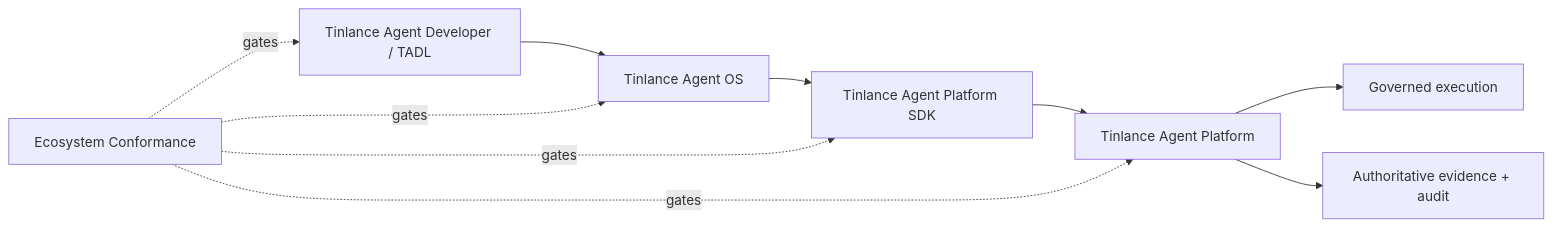
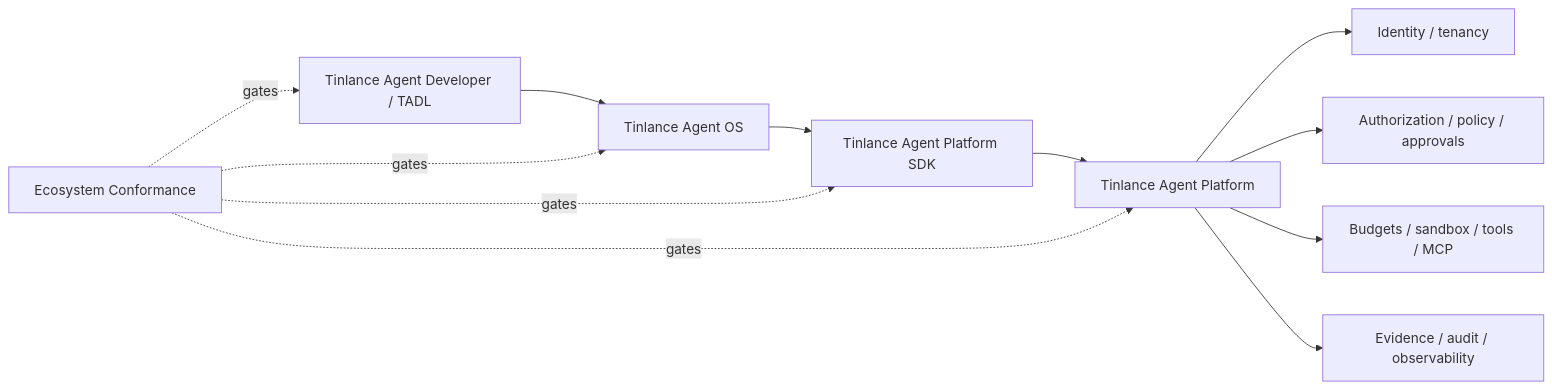
One commit to LloydCoder/tinlance-agent-developer changed the diagram in docs/integration/ECOSYSTEM.md. Above: the diagram before and after it, drawn with Mermaid. The commit also changed other lines of this file, not shown here.

Commit message:
docs: reconcile enterprise milestone vocabulary and flowcharts (#20)
* docs: reconcile enterprise milestone vocabulary

* docs: align canonical ecosystem flowchart

````diff
--- a/docs/integration/ECOSYSTEM.md
+++ b/docs/integration/ECOSYSTEM.md
@@ -5,12 +5,14 @@
 ```mermaid
 flowchart LR
     D[Tinlance Agent Developer / TADL] --> O[Tinlance Agent OS]
     O --> S[Tinlance Agent Platform SDK]
     S --> P[Tinlance Agent Platform]
-    P --> E[Governed execution]
-    P --> V[Authoritative evidence + audit]
+    P --> A[Identity / tenancy]
+    P --> Z[Authorization / policy / approvals]
+    P --> X[Budgets / sandbox / tools / MCP]
+    P --> V[Evidence / audit / observability]
     C[Ecosystem Conformance] -. gates .-> D
     C -. gates .-> O
     C -. gates .-> S
     C -. gates .-> P
 ```
````
